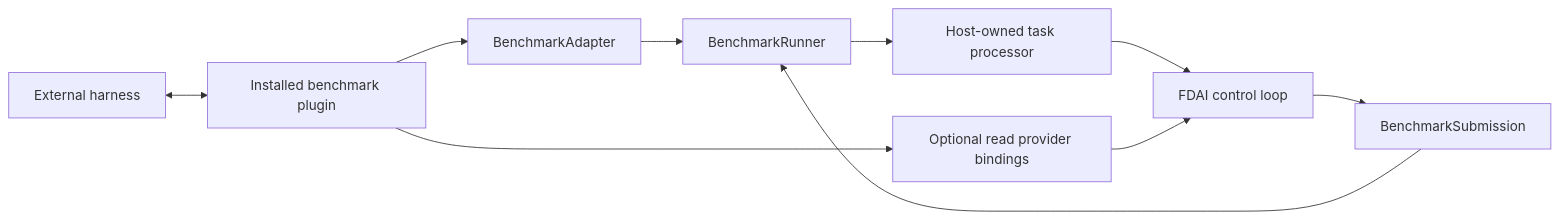
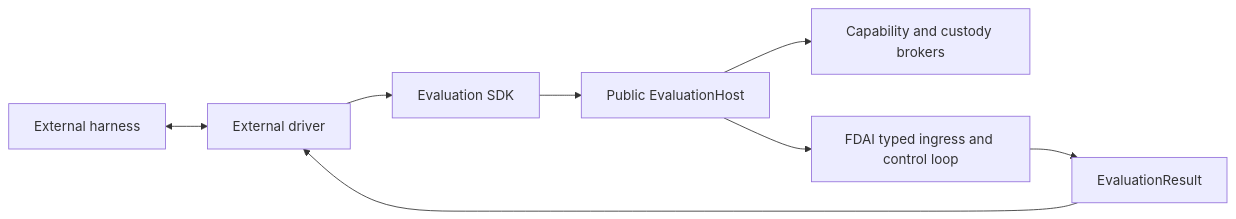
One commit to dotnetpower/fdai changed the diagram in docs/roadmap/interfaces/benchmark-adapters-ko.md. Above: the diagram before and after it, drawn with Mermaid. The commit also changed other lines of this file and 53 other files, not shown here.

Commit message:
feat(evaluation): decouple external benchmark drivers

````diff
--- a/docs/roadmap/interfaces/benchmark-adapters-ko.md
+++ b/docs/roadmap/interfaces/benchmark-adapters-ko.md
@@ -30,12 +28,10 @@
 ```mermaid
 flowchart LR
-  H[External harness] <--> P[Installed benchmark plugin]
-  P --> A[BenchmarkAdapter]
-  A --> R[BenchmarkRunner]
-  R --> T[Host-owned task processor]
-  T --> F[FDAI control loop]
-  P --> B[Optional read provider bindings]
-  B --> F
-  F --> S[BenchmarkSubmission]
-  S --> R
+  H[External harness] <--> D[External driver]
+  D --> SDK[Evaluation SDK]
+  SDK --> EH[Public EvaluationHost]
+  EH --> C[Capability and custody brokers]
+  EH --> F[FDAI typed ingress and control loop]
+  F --> R[EvaluationResult]
+  R --> D
 ```
````
